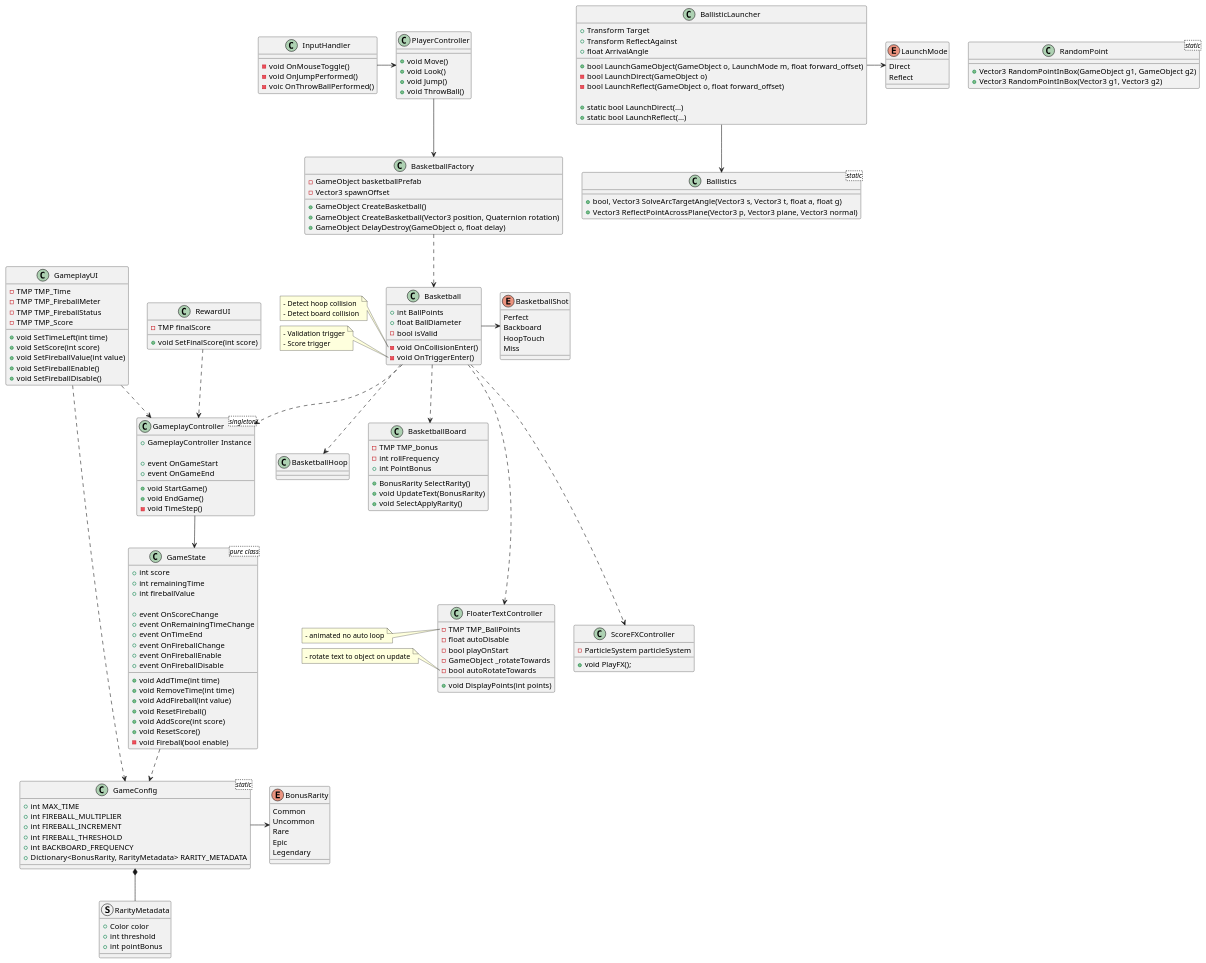
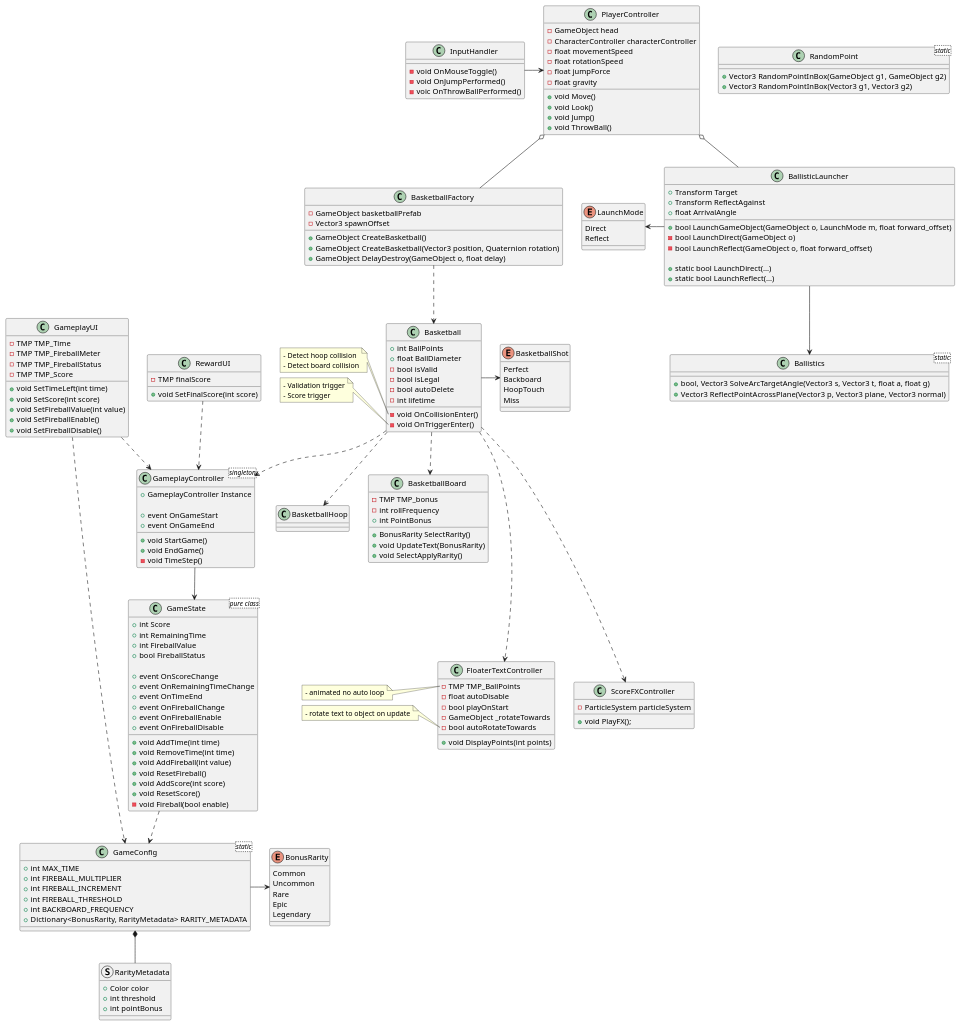
The diagram in Docs/ApplicationDiagram.puml (ItsAuro/grzegorz.mikulski.basket-challenge), drawn with PlantUML before and after one commit. The commit also changed 2 other files, not shown here.

Commit message:
Updated basketball logic
- auto deletion
- update of shot type
- ball actions update the game state and by consequence the interface

```diff
--- a/Docs/ApplicationDiagram.puml
+++ b/Docs/ApplicationDiagram.puml
@@ -37,9 +37,10 @@
 
 
 class "GameState<pure class>" as GameState{
-  + int score
-  + int remainingTime
-  + int fireballValue
+  + int Score
+  + int RemainingTime
+  + int FireballValue
+  + bool FireballStatus
   
   + event OnScoreChange
   + event OnRemainingTimeChange
@@ -75,6 +76,13 @@
   - voic OnThrowBallPerformed()
 }
 class PlayerController{
+  - GameObject head
+  - CharacterController characterController
+  - float movementSpeed
+  - float rotationSpeed
+  - float jumpForce
+  - float gravity
+  
   + void Move()
   + void Look()
   + void Jump()
@@ -162,6 +170,10 @@
   + int BallPoints
   + float BallDiameter
   - bool isValid
+  - bool isLegal
+  - bool autoDelete
+  - int lifetime
+  
   - void OnCollisionEnter() 
   - void OnTriggerEnter()
 }
@@ -183,7 +195,8 @@
 
 
 InputHandler -> PlayerController
-PlayerController --> BasketballFactory
+PlayerController o-- BasketballFactory
+PlayerController o-- BallisticLauncher
 
 GameplayController --> GameState
 GameState ..> GameConfig
@@ -205,4 +218,4 @@
 
 
 BallisticLauncher --> Ballistics
-BallisticLauncher -> LaunchMode
+BallisticLauncher -l-> LaunchMode 
```
